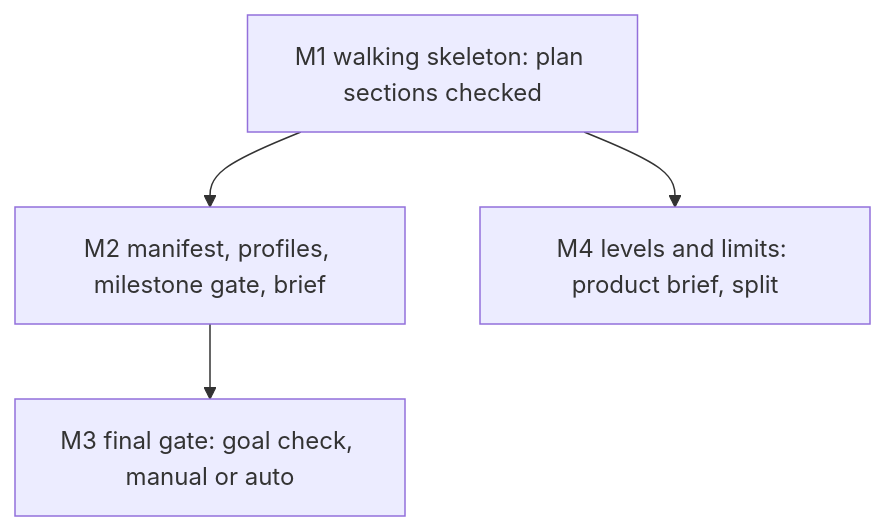
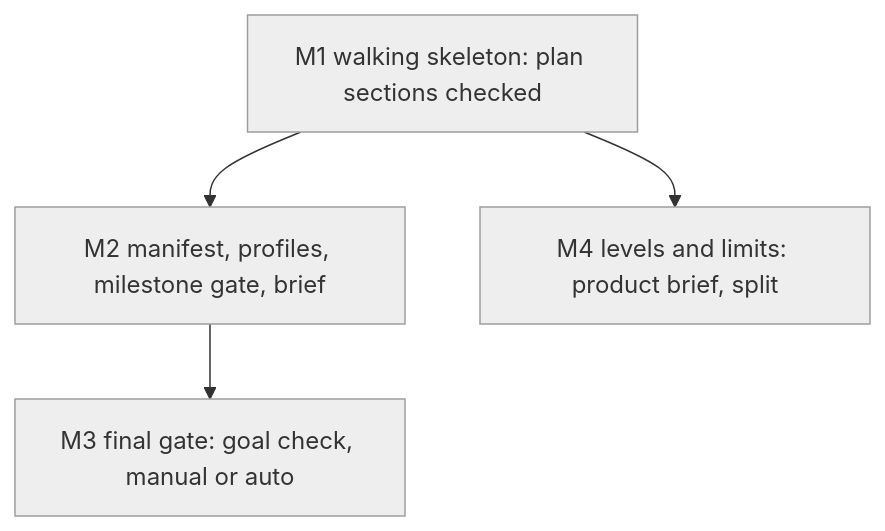
Before and after one commit to sibulus13/claudence: the third of 3 diagrams in docs/work/agentic-loop/README.md, drawn with Mermaid. The commit also changed other lines of this file and 1 other file, not shown here.

````diff
--- a/docs/work/agentic-loop/README.md
+++ b/docs/work/agentic-loop/README.md
@@ -162,6 +162,8 @@
 ```mermaid
 flowchart TD
   M1["M1 walking skeleton: plan sections checked"] --> M2["M2 manifest, profiles, milestone gate, brief"]
   M2 --> M3["M3 final gate: goal check, manual or auto"]
   M1 --> M4["M4 levels and limits: product brief, split"]
+  classDef planned fill:#eeeeee,color:#333,stroke:#9e9e9e
+  class M1,M2,M3,M4 planned
 ```
````
